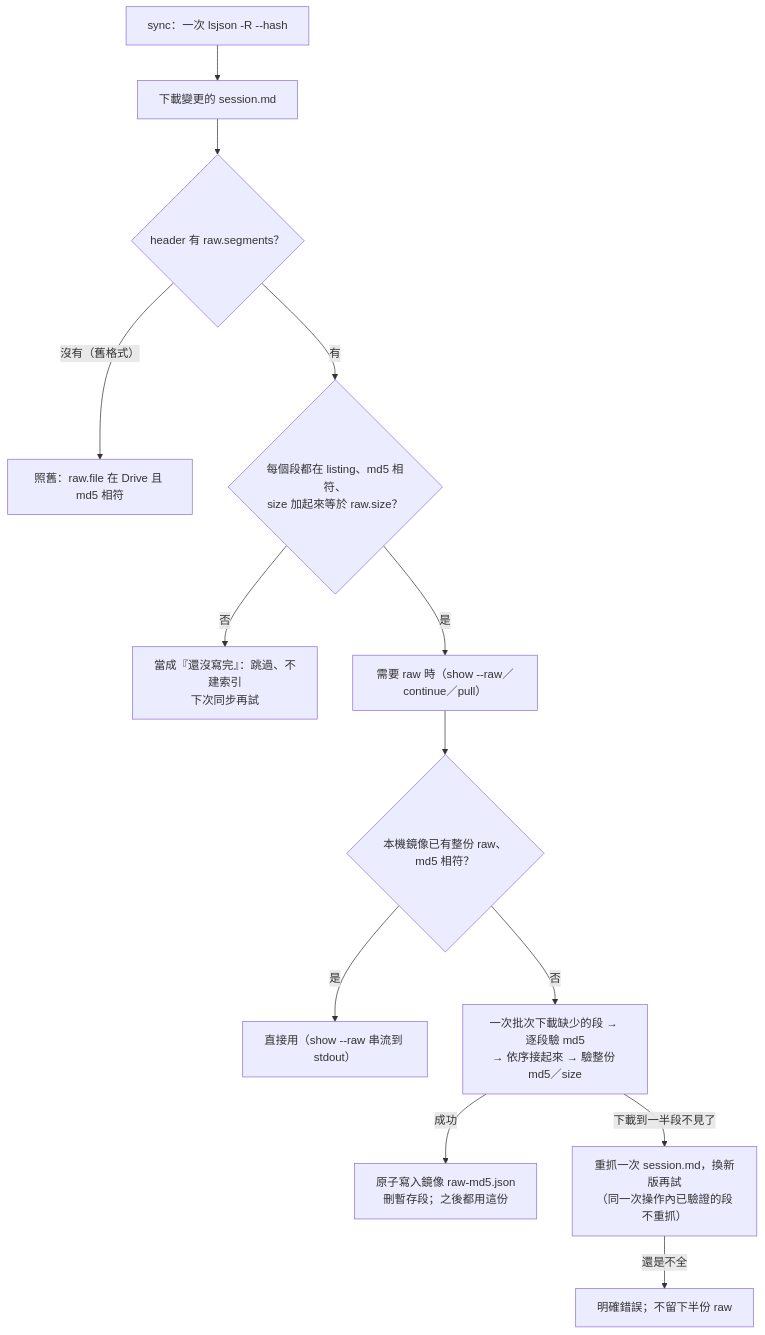
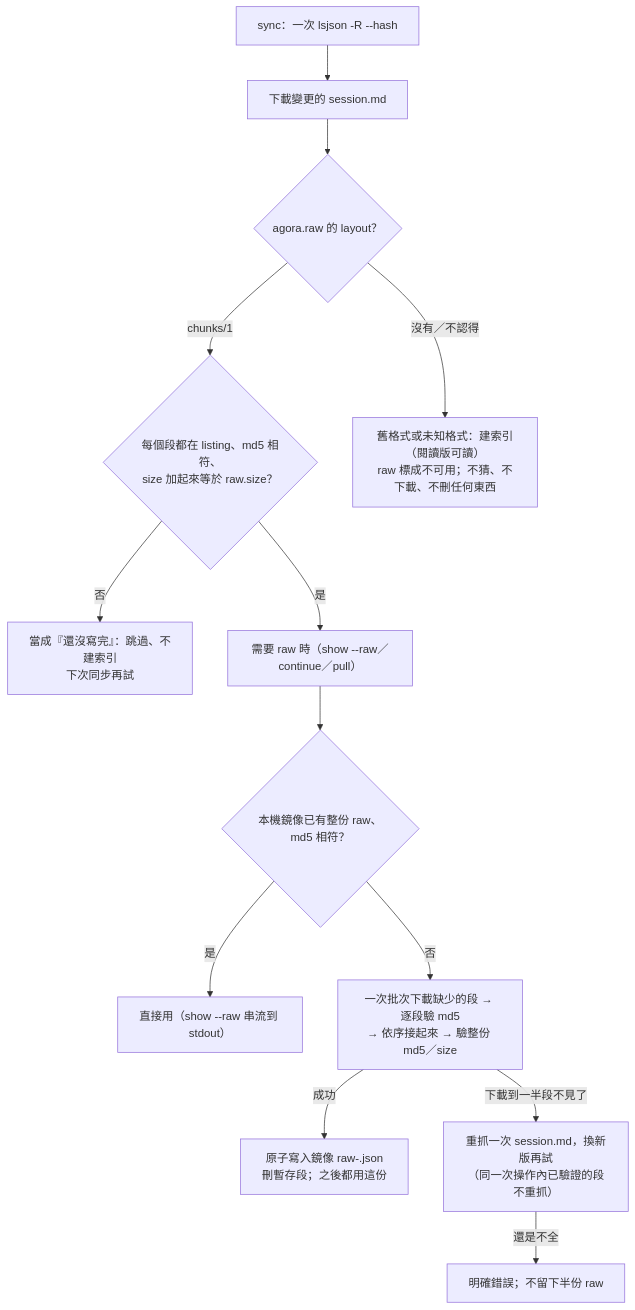
Before and after one commit to FATESAIKOU/MyAiStorage: the second of 2 diagrams in openspec/changes/agora-diff-upload/design.md, drawn with Mermaid. The commit also changed other lines of this file and 5 other files, not shown here.

````diff
--- a/openspec/changes/agora-diff-upload/design.md
+++ b/openspec/changes/agora-diff-upload/design.md
@@ -36,15 +38,15 @@
 ```mermaid
 flowchart TD
     A["sync：一次 lsjson -R --hash"] --> B["下載變更的 session.md"]
-    B --> C{"header 有 raw.segments？"}
-    C -- "沒有（舊格式）" --> D["照舊：raw.file 在 Drive 且 md5 相符"]
-    C -- "有" --> E{"每個段都在 listing、md5 相符、<br/>size 加起來等於 raw.size？"}
+    B --> C{"agora.raw 的 layout？"}
+    C -- "chunks/1" --> E{"每個段都在 listing、md5 相符、<br/>size 加起來等於 raw.size？"}
+    C -- "沒有／不認得" --> X["舊格式或未知格式：建索引（閱讀版可讀）<br/>raw 標成不可用；不猜、不下載、不刪任何東西"]
     E -- "否" --> F["當成『還沒寫完』：跳過、不建索引<br/>下次同步再試"]
     E -- "是" --> G["需要 raw 時（show --raw／continue／pull）"]
     G --> H{"本機鏡像已有整份 raw、md5 相符？"}
     H -- "是" --> I["直接用（show --raw 串流到 stdout）"]
     H -- "否" --> J["一次批次下載缺少的段 → 逐段驗 md5<br/>→ 依序接起來 → 驗整份 md5／size"]
-    J -- "成功" --> K["原子寫入鏡像 raw-md5.json<br/>刪暫存段；之後都用這份"]
+    J -- "成功" --> K["原子寫入鏡像 raw-<md5>.json<br/>刪暫存段；之後都用這份"]
     J -- "下載到一半段不見了" --> L["重抓一次 session.md，換新版再試<br/>（同一次操作內已驗證的段不重抓）"]
     L -- "還是不全" --> M["明確錯誤；不留下半份 raw"]
 ```
````
